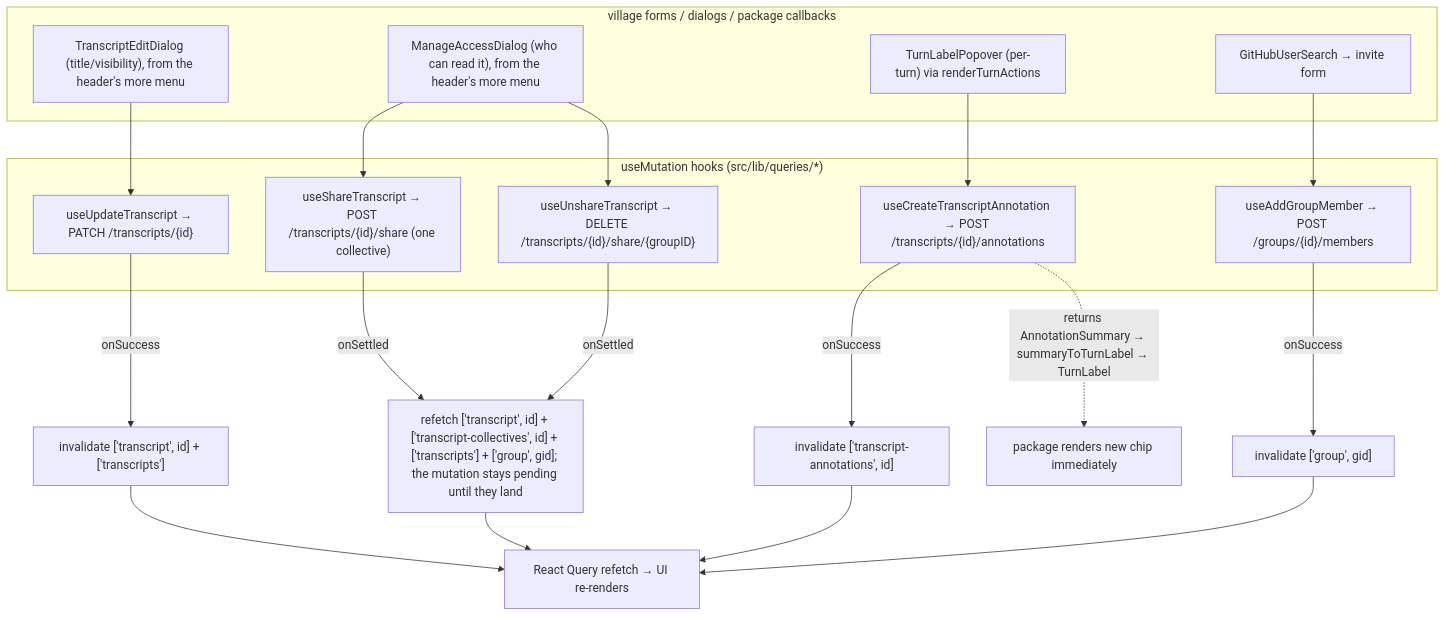
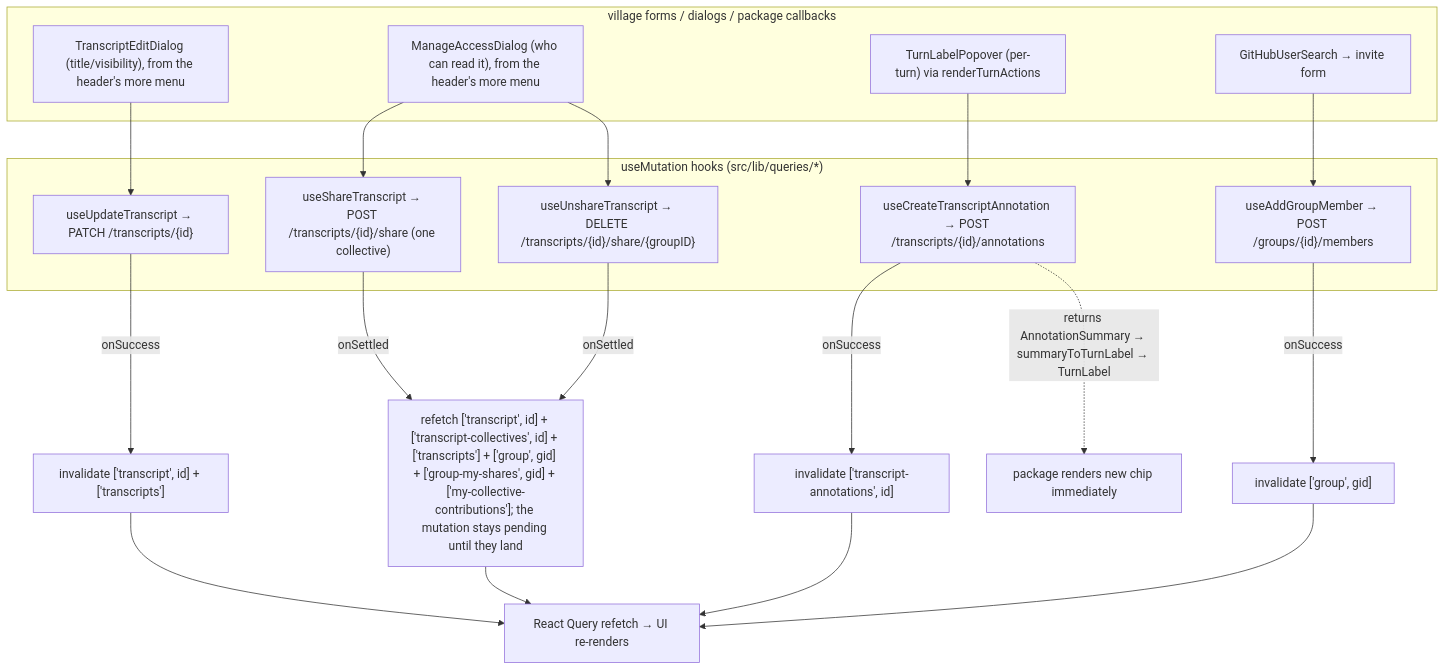
The second of 3 diagrams in frontend/docs/data-binding.md (peasant-labs/village), drawn with Mermaid before and after one commit. The commit also changed other lines of this file and 16 other files, not shown here.

````diff
--- a/frontend/docs/data-binding.md
+++ b/frontend/docs/data-binding.md
@@ -113,32 +113,32 @@
 ```mermaid
 flowchart TD
   subgraph forms["village forms / dialogs / package callbacks"]
     edit["TranscriptEditDialog (title/visibility), from the header's more menu"]
     access["ManageAccessDialog (who can read it), from the header's more menu"]
     label["TurnLabelPopover (per-turn) via renderTurnActions"]
     invite["GitHubUserSearch → invite form"]
   end
 
   subgraph muts["useMutation hooks (src/lib/queries/*)"]
     up["useUpdateTranscript → PATCH /transcripts/{id}"]
     share["useShareTranscript → POST /transcripts/{id}/share (one collective)"]
     unshare["useUnshareTranscript → DELETE /transcripts/{id}/share/{groupID}"]
     ann["useCreateTranscriptAnnotation → POST /transcripts/{id}/annotations"]
     add["useAddGroupMember → POST /groups/{id}/members"]
   end
 
   edit --> up
   access --> share
   access --> unshare
   label --> ann
   invite --> add
 
   up -- onSuccess --> inv1["invalidate ['transcript', id] + ['transcripts']"]
-  share -- onSettled --> inv2["refetch ['transcript', id] + ['transcript-collectives', id] + ['transcripts'] + ['group', gid]; the mutation stays pending until they land"]
+  share -- onSettled --> inv2["refetch ['transcript', id] + ['transcript-collectives', id] + ['transcripts'] + ['group', gid] + ['group-my-shares', gid] + ['my-collective-contributions']; the mutation stays pending until they land"]
   unshare -- onSettled --> inv2
   ann -- onSuccess --> inv3["invalidate ['transcript-annotations', id]"]
   ann -. "returns AnnotationSummary → summaryToTurnLabel → TurnLabel" .-> chip["package renders new chip immediately"]
   add -- onSuccess --> inv4["invalidate ['group', gid]"]
 
   inv1 & inv2 & inv3 & inv4 --> refetch["React Query refetch → UI re-renders"]
 ```
````
